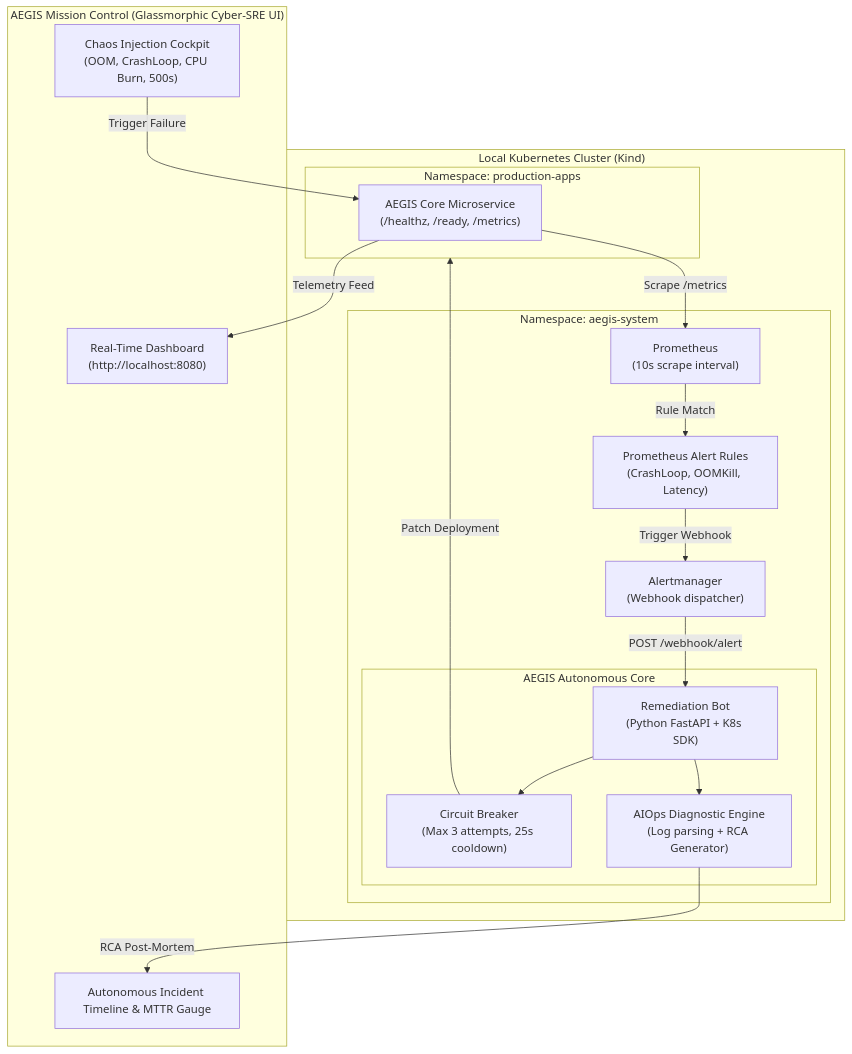
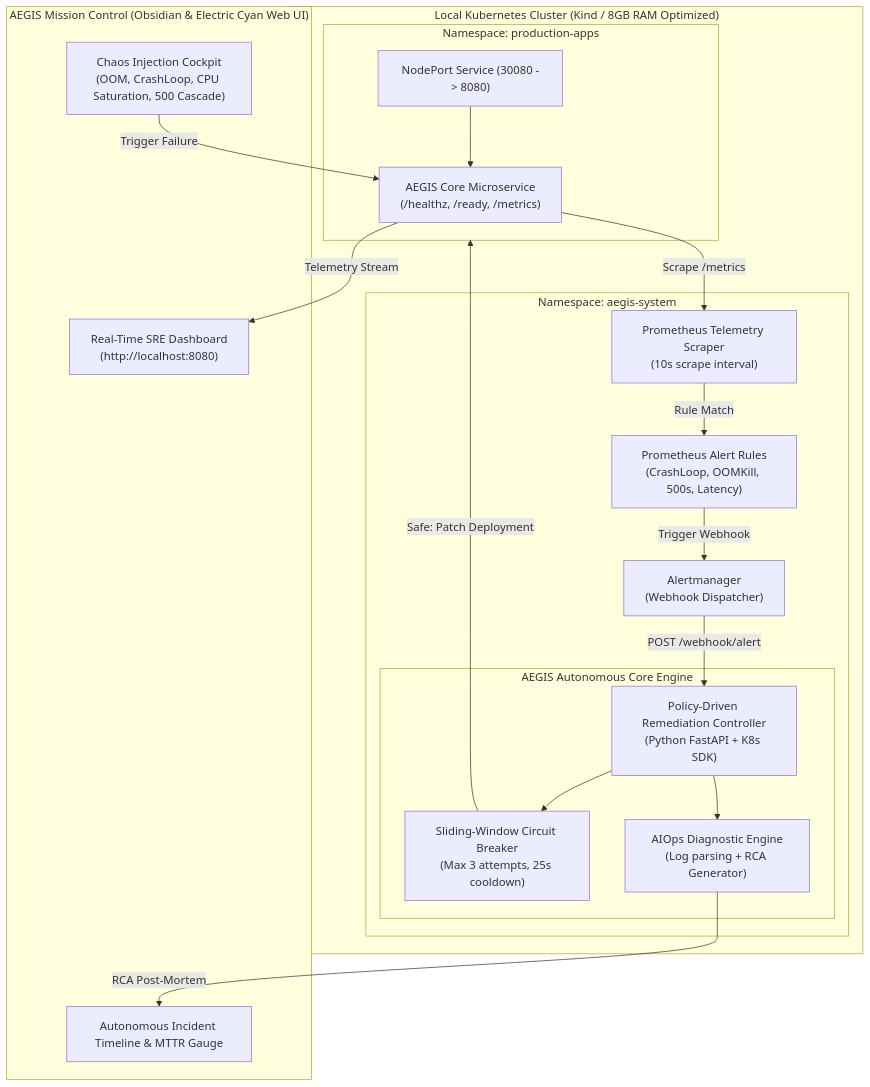
One commit to devop-jigyasa/aegis-self-healing-platform changed the diagram in README.md. Above: the diagram before and after it, drawn with Mermaid. The commit also changed other lines of this file, not shown here.

Commit message:
docs: author comprehensive enterprise README with architecture, SRE matrix, and interview guide

````diff
--- a/README.md
+++ b/README.md
@@ -40,37 +66,39 @@
 ```mermaid
 flowchart TD
-    subgraph UI["AEGIS Mission Control (Glassmorphic Cyber-SRE UI)"]
-        WebUI["Real-Time Dashboard\n(http://localhost:8080)"]
-        ChaosCockpit["Chaos Injection Cockpit\n(OOM, CrashLoop, CPU Burn, 500s)"]
+    subgraph UI_LAYER["AEGIS Mission Control (Obsidian & Electric Cyan Web UI)"]
+        WebUI["Real-Time SRE Dashboard\n(http://localhost:8080)"]
+        ChaosCockpit["Chaos Injection Cockpit\n(OOM, CrashLoop, CPU Saturation, 500 Cascade)"]
         Timeline["Autonomous Incident Timeline & MTTR Gauge"]
     end
 
-    subgraph CLUSTER["Local Kubernetes Cluster (Kind)"]
+    subgraph K8S_CLUSTER["Local Kubernetes Cluster (Kind / 8GB RAM Optimized)"]
         subgraph PROD_NS["Namespace: production-apps"]
             CorePod["AEGIS Core Microservice\n(/healthz, /ready, /metrics)"]
+            ServiceRouter["NodePort Service (30080 -> 8080)"]
+            ServiceRouter --> CorePod
         end
 
         subgraph SRE_NS["Namespace: aegis-system"]
-            Prom["Prometheus\n(10s scrape interval)"]
-            Alerts["Prometheus Alert Rules\n(CrashLoop, OOMKill, Latency)"]
-            AlertMgr["Alertmanager\n(Webhook dispatcher)"]
+            Prom["Prometheus Telemetry Scraper\n(10s scrape interval)"]
+            Alerts["Prometheus Alert Rules\n(CrashLoop, OOMKill, 500s, Latency)"]
+            AlertMgr["Alertmanager\n(Webhook Dispatcher)"]
             
-            subgraph CONTROLLER["AEGIS Autonomous Core"]
-                Bot["Remediation Bot\n(Python FastAPI + K8s SDK)"]
-                Guard["Circuit Breaker\n(Max 3 attempts, 25s cooldown)"]
+            subgraph ENGINE["AEGIS Autonomous Core Engine"]
+                RemediationBot["Policy-Driven Remediation Controller\n(Python FastAPI + K8s SDK)"]
+                CircuitBreaker["Sliding-Window Circuit Breaker\n(Max 3 attempts, 25s cooldown)"]
                 AIEngine["AIOps Diagnostic Engine\n(Log parsing + RCA Generator)"]
             end
         end
     end
 
     ChaosCockpit -->|Trigger Failure| CorePod
     CorePod -->|Scrape /metrics| Prom
     Prom -->|Rule Match| Alerts
     Alerts -->|Trigger Webhook| AlertMgr
-    AlertMgr -->|POST /webhook/alert| Bot
-    Bot --> Guard
-    Guard -->|Patch Deployment| PROD_NS
-    Bot --> AIEngine
+    AlertMgr -->|POST /webhook/alert| RemediationBot
+    RemediationBot --> CircuitBreaker
+    CircuitBreaker -->|Safe: Patch Deployment| PROD_NS
+    RemediationBot --> AIEngine
     AIEngine -->|RCA Post-Mortem| Timeline
-    CorePod -->|Telemetry Feed| WebUI
+    CorePod -->|Telemetry Stream| WebUI
 ```
````
